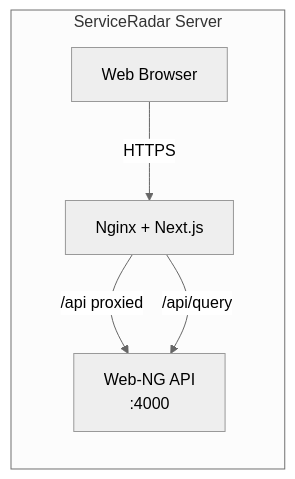
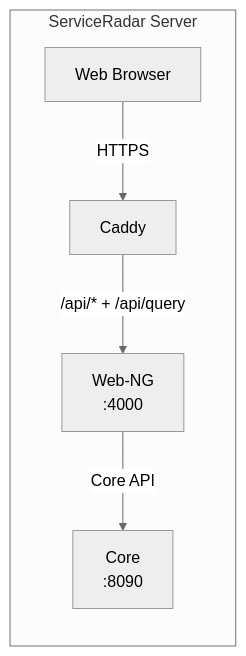
Before and after one commit to carverauto/serviceradar: the diagram in docs/docs/web-ui.md, drawn with Mermaid (neutral theme). The commit also changed other lines of this file and 21 other files, not shown here.

````diff
--- a/docs/docs/web-ui.md
+++ b/docs/docs/web-ui.md
@@ -35,8 +35,8 @@
 ```mermaid
 graph LR
     subgraph "ServiceRadar Server"
-        A[Web Browser] -->|HTTPS| B[Nginx + Next.js]
-        B -->|/api proxied| D[Web-NG API<br/>:4000]
-        B -->|/api/query| D
+        A[Web Browser] -->|HTTPS| B[Caddy]
+        B -->|/api/* + /api/query| D[Web-NG<br/>:4000]
+        D -->|Core API| E[Core<br/>:8090]
     end
 ```
````
